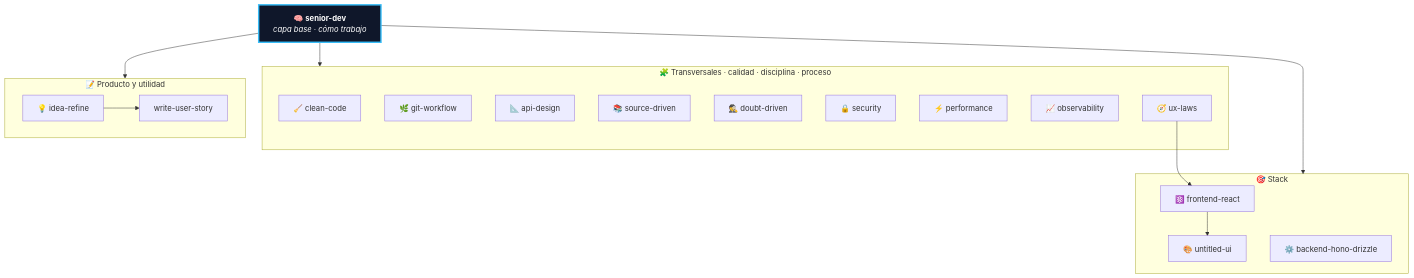
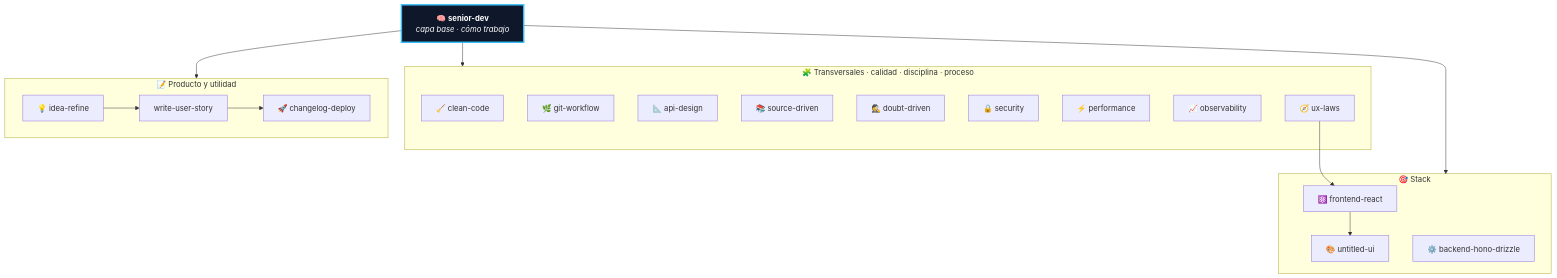
The diagram in README.md (ErickEcheverria/eecheverria-skills), drawn with Mermaid before and after one commit. The commit also changed other lines of this file and 3 other files, not shown here.

First line of the commit message:
feat(plugin): integra changelog-deploy al catálogo y sube a 1.1.0

````diff
--- a/README.md
+++ b/README.md
@@ -22,36 +22,38 @@
 ```mermaid
 flowchart TD
     SD["🧠 <b>senior-dev</b><br/><i>capa base · cómo trabajo</i>"]:::base
 
     subgraph T["🧩 Transversales · calidad · disciplina · proceso"]
         CC["🧹 clean-code"]
         GW["🌿 git-workflow"]
         AD["📐 api-design"]
         SR["📚 source-driven"]
         DD["🕵️ doubt-driven"]
         SEC["🔒 security"]
         PERF["⚡ performance"]
         OBS["📈 observability"]
         UXL["🧭 ux-laws"]
     end
 
     subgraph S["🎯 Stack"]
         RE["⚛️ frontend-react"]
         UUI["🎨 untitled-ui"]
         HN["⚙️ backend-hono-drizzle"]
         RE --> UUI
     end
 
     subgraph U["📝 Producto y utilidad"]
         IR["💡 idea-refine"]
         US["write-user-story"]
+        CD["🚀 changelog-deploy"]
         IR --> US
+        US --> CD
     end
 
     SD --> T
     SD --> S
     SD --> U
     UXL --> RE
 
     classDef base fill:#0f172a,stroke:#38bdf8,stroke-width:3px,color:#fff;
 ```
````
